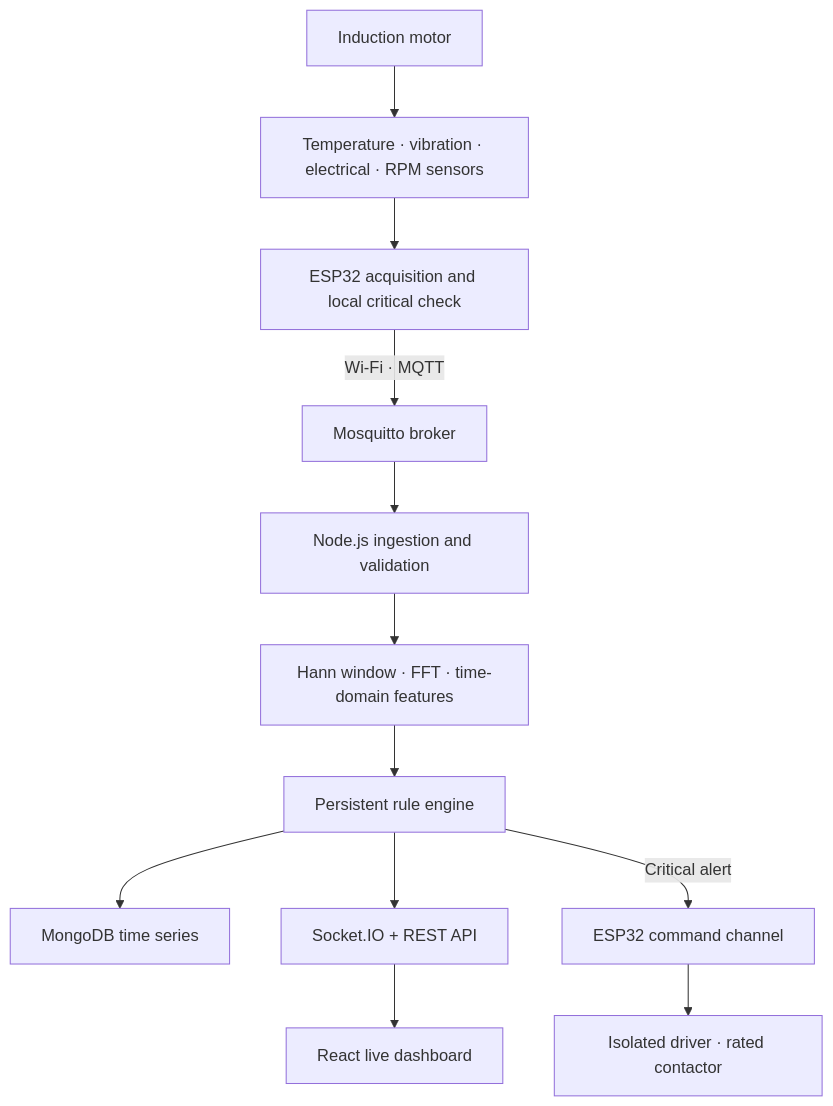
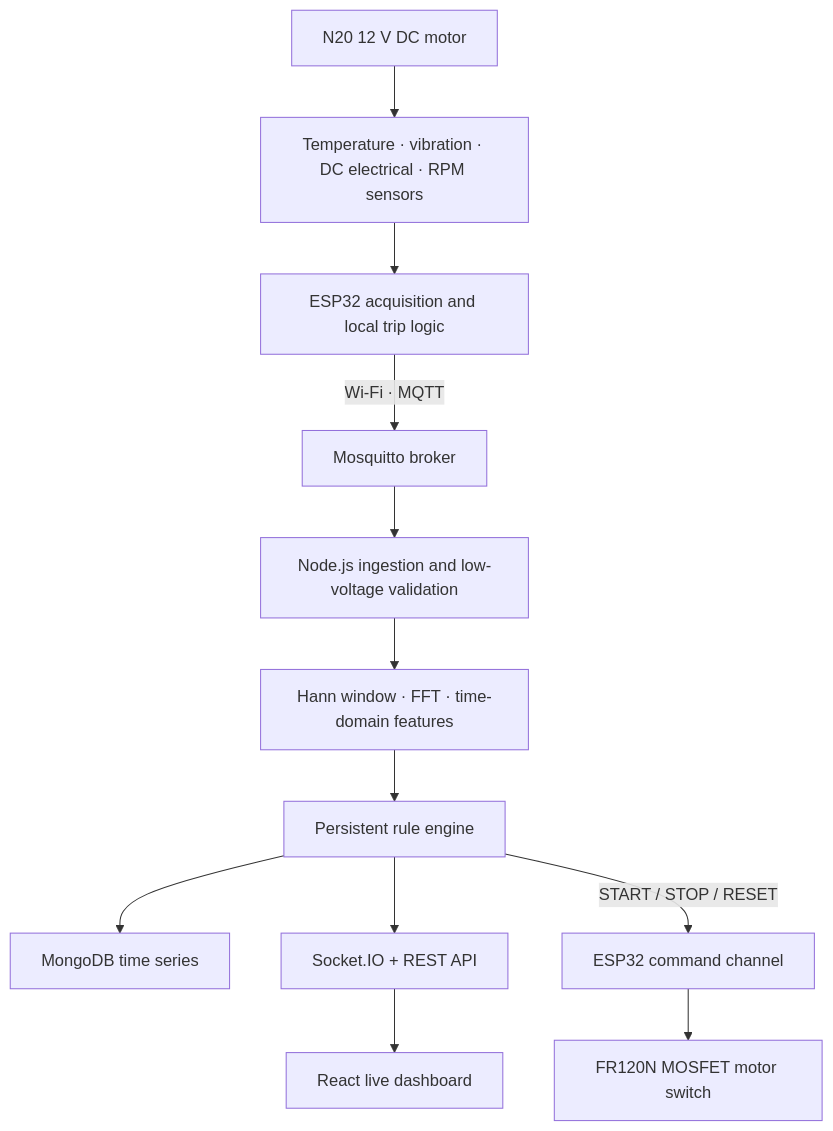
Before and after one commit to MayankGangwar1234/motor_monitoring: the diagram in docs/architecture.md, drawn with Mermaid. The commit also changed other lines of this file and 14 other files, not shown here.

````diff
--- a/docs/architecture.md
+++ b/docs/architecture.md
@@ -5,14 +5,14 @@
 ```mermaid
 flowchart TD
-    A["Induction motor"] --> B["Temperature · vibration · electrical · RPM sensors"]
-    B --> C["ESP32 acquisition and local critical check"]
+    A["N20 12 V DC motor"] --> B["Temperature · vibration · DC electrical · RPM sensors"]
+    B --> C["ESP32 acquisition and local trip logic"]
     C -->|"Wi-Fi · MQTT"| D["Mosquitto broker"]
-    D --> E["Node.js ingestion and validation"]
+    D --> E["Node.js ingestion and low-voltage validation"]
     E --> F["Hann window · FFT · time-domain features"]
     F --> G["Persistent rule engine"]
     G --> H["MongoDB time series"]
     G --> I["Socket.IO + REST API"]
     I --> J["React live dashboard"]
-    G -->|"Critical alert"| K["ESP32 command channel"]
-    K --> L["Isolated driver · rated contactor"]
+    G -->|"START / STOP / RESET"| K["ESP32 command channel"]
+    K --> L["FR120N MOSFET motor switch"]
 ```
````
